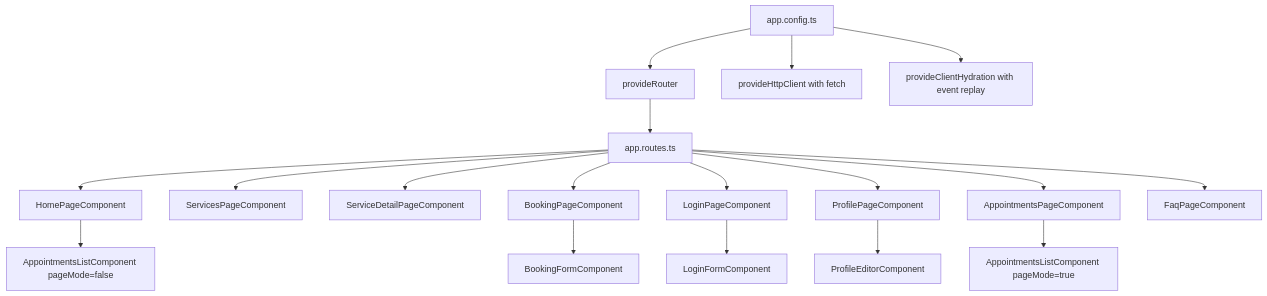
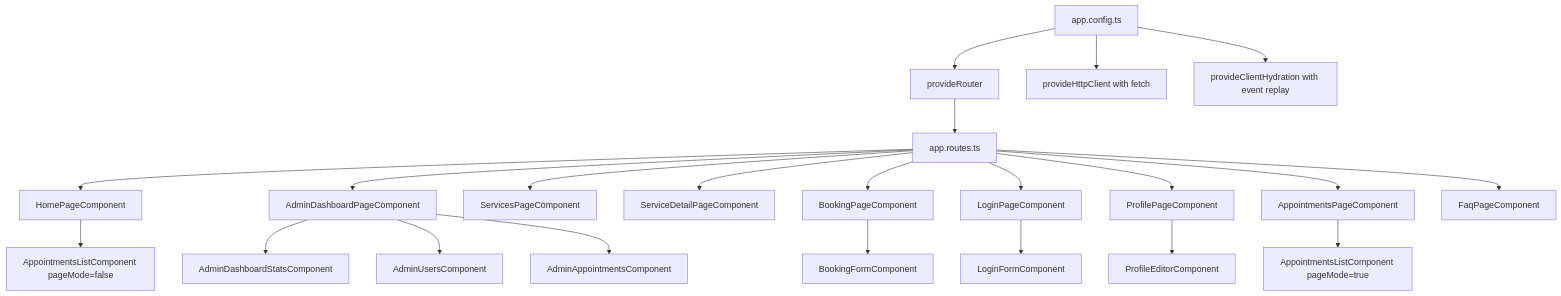
One commit to yassineao/poetsanders changed the second of 17 diagrams in README.md. Above: the diagram before and after it, drawn with Mermaid. The commit also changed other lines of this file and 39 other files, not shown here.

Commit message:
add the admin dashboard

````diff
--- a/README.md
+++ b/README.md
@@ -215,27 +219,31 @@
 ```mermaid
 flowchart TD
     AppConfig[app.config.ts]
     RouterProvider[provideRouter]
     HttpProvider[provideHttpClient with fetch]
     Hydration[provideClientHydration with event replay]
 
     AppConfig --> RouterProvider
     AppConfig --> HttpProvider
     AppConfig --> Hydration
 
     RouterProvider --> Routes[app.routes.ts]
     Routes --> Home[HomePageComponent]
+    Routes --> Admin[AdminDashboardPageComponent]
     Routes --> Services[ServicesPageComponent]
     Routes --> Detail[ServiceDetailPageComponent]
     Routes --> Book[BookingPageComponent]
     Routes --> Login[LoginPageComponent]
     Routes --> Profile[ProfilePageComponent]
     Routes --> Appointments[AppointmentsPageComponent]
     Routes --> FAQ[FaqPageComponent]
 
     Home --> Preview[AppointmentsListComponent pageMode=false]
     Book --> BookingForm[BookingFormComponent]
     Login --> LoginForm[LoginFormComponent]
     Profile --> ProfileEditor[ProfileEditorComponent]
     Appointments --> History[AppointmentsListComponent pageMode=true]
+    Admin --> Stats[AdminDashboardStatsComponent]
+    Admin --> Users[AdminUsersComponent]
+    Admin --> AdminAppointments[AdminAppointmentsComponent]
 ```
````
